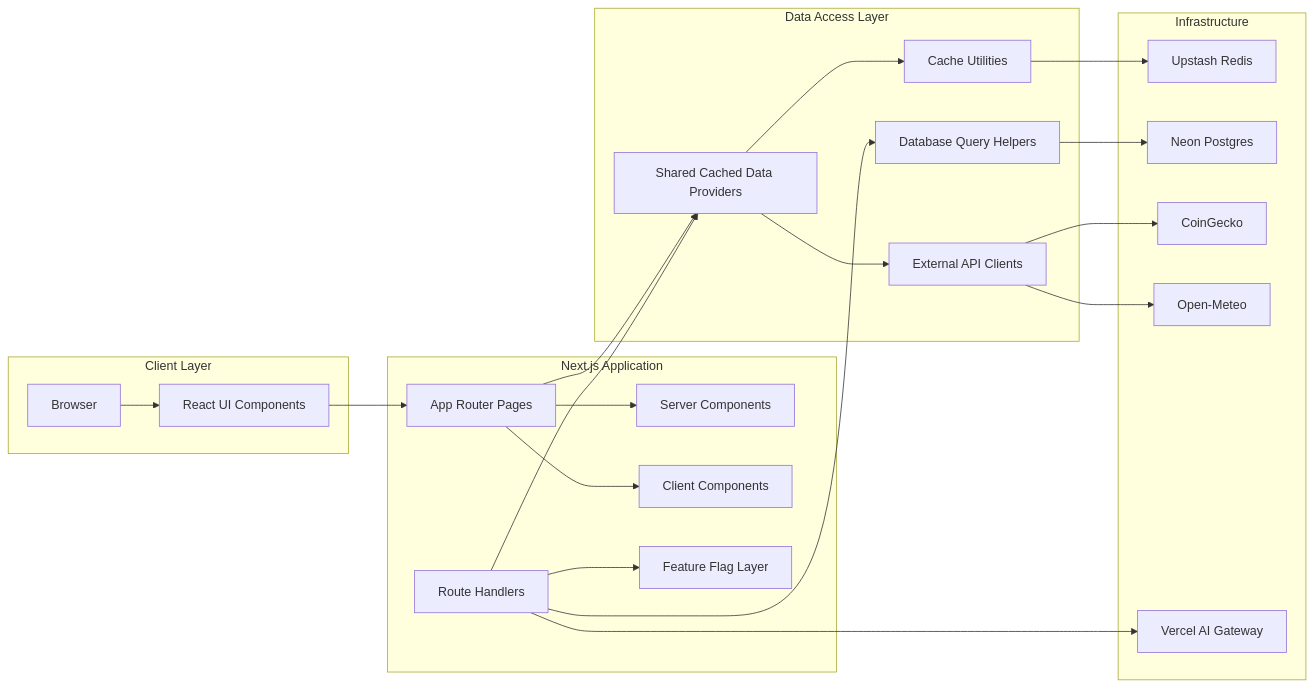
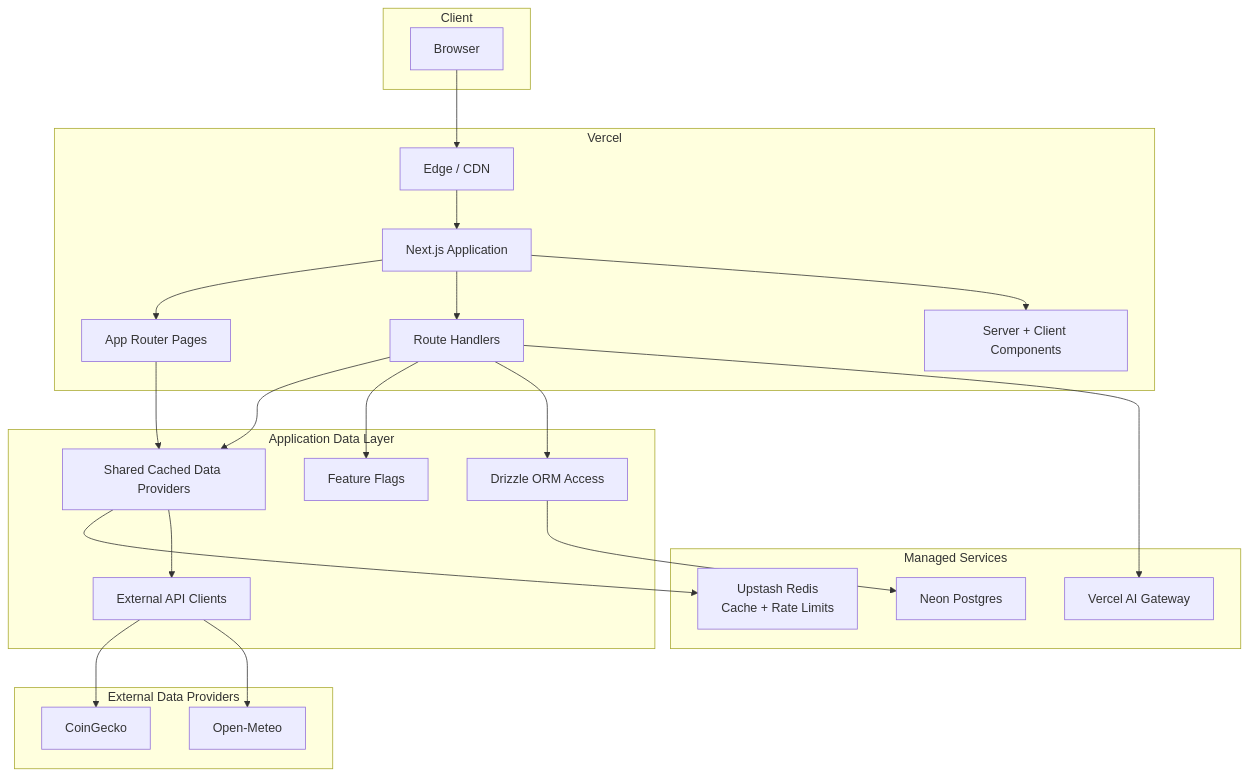
The second of 12 diagrams in docs/architecture-diagrams.md (BlockShield-Systems/swiss-market-dashboard), drawn with Mermaid before and after one commit. The commit also changed other lines of this file and 9 other files, not shown here.

````diff
--- a/docs/architecture-diagrams.md
+++ b/docs/architecture-diagrams.md
@@ -50,49 +37,50 @@
 ```mermaid
-flowchart LR
-  subgraph Client["Client Layer"]
+flowchart TB
+  subgraph Client["Client"]
     Browser["Browser"]
-    UI["React UI Components"]
   end
 
-  subgraph App["Next.js Application"]
+  subgraph Hosting["Vercel"]
+    CDN["Edge / CDN"]
+    NextApp["Next.js Application"]
     Pages["App Router Pages"]
-    ServerComponents["Server Components"]
-    ClientComponents["Client Components"]
-    RouteHandlers["Route Handlers"]
-    FeatureFlagLayer["Feature Flag Layer"]
+    Routes["Route Handlers"]
+    Components["Server + Client Components"]
   end
 
-  subgraph Data["Data Access Layer"]
+  subgraph DataLayer["Application Data Layer"]
     CachedProviders["Shared Cached Data Providers"]
-    CacheUtils["Cache Utilities"]
     ApiClients["External API Clients"]
-    DbQueries["Database Query Helpers"]
+    DbAccess["Drizzle ORM Access"]
+    FeatureFlags["Feature Flags"]
   end
 
-  subgraph Infra["Infrastructure"]
-    Redis["Upstash Redis"]
+  subgraph ManagedServices["Managed Services"]
+    Redis["Upstash Redis<br/>Cache + Rate Limits"]
     Neon["Neon Postgres"]
-    CoinGecko["CoinGecko"]
-    OpenMeteo["Open-Meteo"]
-    AiGateway["Vercel AI Gateway"]
+    AI["Vercel AI Gateway"]
   end
 
-  Browser --> UI
-  UI --> Pages
-  Pages --> ServerComponents
-  Pages --> ClientComponents
+  subgraph ExternalProviders["External Data Providers"]
+    CG["CoinGecko"]
+    OM["Open-Meteo"]
+  end
+
+  Browser --> CDN
+  CDN --> NextApp
+  NextApp --> Pages
+  NextApp --> Routes
+  NextApp --> Components
+
   Pages --> CachedProviders
+  Routes --> CachedProviders
+  Routes --> FeatureFlags
+  Routes --> DbAccess
 
-  RouteHandlers --> FeatureFlagLayer
-  RouteHandlers --> CachedProviders
-  RouteHandlers --> DbQueries
-
-  CachedProviders --> CacheUtils
+  CachedProviders --> Redis
   CachedProviders --> ApiClients
-  CacheUtils --> Redis
-  ApiClients --> CoinGecko
-  ApiClients --> OpenMeteo
-  DbQueries --> Neon
-
-  RouteHandlers --> AiGateway
+  ApiClients --> CG
+  ApiClients --> OM
+  DbAccess --> Neon
+  Routes --> AI
 ```
````
